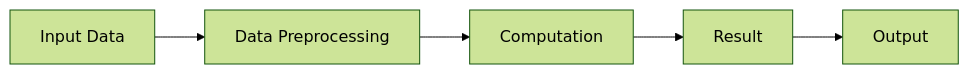
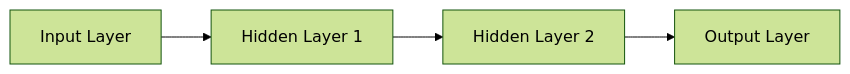
One commit to blebleblee/synapse changed the diagram in topics/computing/ai/vibe_coding/03_evaluation_loops_and_benchmarks/lesson_04_optimization_strategies.md. Above: the diagram before and after it, drawn with Mermaid (forest theme). The commit also changed other lines of this file and 2 other files, not shown here.

````diff
--- a/topics/computing/ai/vibe_coding/03_evaluation_loops_and_benchmarks/lesson_04_optimization_strategies.md
+++ b/topics/computing/ai/vibe_coding/03_evaluation_loops_and_benchmarks/lesson_04_optimization_strategies.md
@@ -19,7 +16,6 @@
 ```mermaid
 graph LR;
-    A["Input Data"] --> B["Data Preprocessing"];
-    B --> C["Computation"];
-    C --> D["Result"];
-    D --> E["Output"];
+    A["Input Layer"] --> B["Hidden Layer 1"];
+    B --> C["Hidden Layer 2"];
+    C --> D["Output Layer"];
 ```
````
